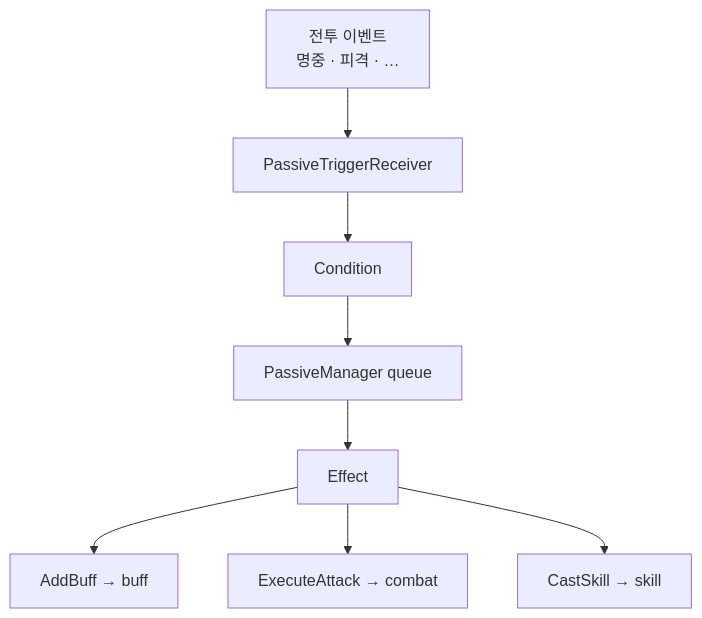
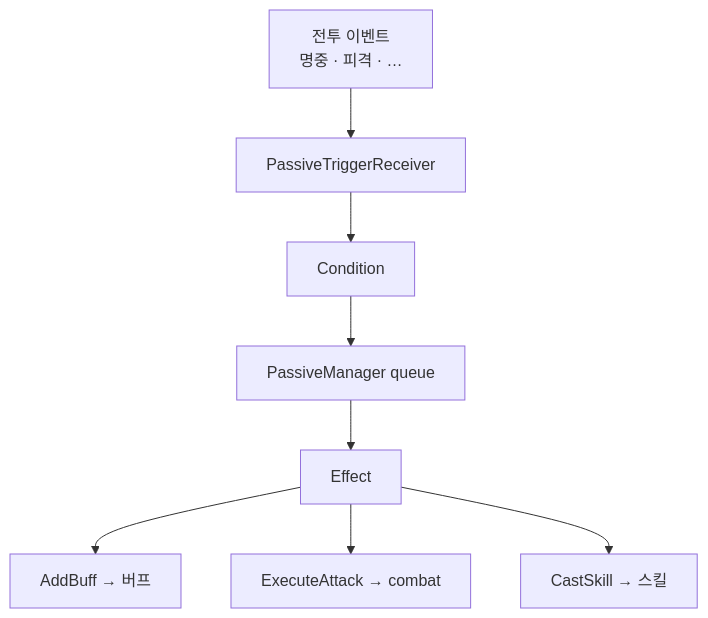
One commit to monet5379/monet5379.github.io changed the diagram in notes/dragon-combat-passive-bridge.md. Above: the diagram before and after it, drawn with Mermaid. The commit also changed other lines of this file and 27 other files, not shown here.

````diff
--- a/notes/dragon-combat-passive-bridge.md
+++ b/notes/dragon-combat-passive-bridge.md
@@ -36,10 +36,10 @@
 ```mermaid
 flowchart TD
   EV["전투 이벤트<br/>명중 · 피격 · …"] --> RC["PassiveTriggerReceiver"]
   RC --> CD["Condition"]
   CD --> Q["PassiveManager queue"]
   Q --> EF["Effect"]
-  EF --> BF["AddBuff → buff"]
+  EF --> BF["AddBuff → 버프"]
   EF --> EA["ExecuteAttack → combat"]
-  EF --> CS["CastSkill → skill"]
+  EF --> CS["CastSkill → 스킬"]
 ```
````
